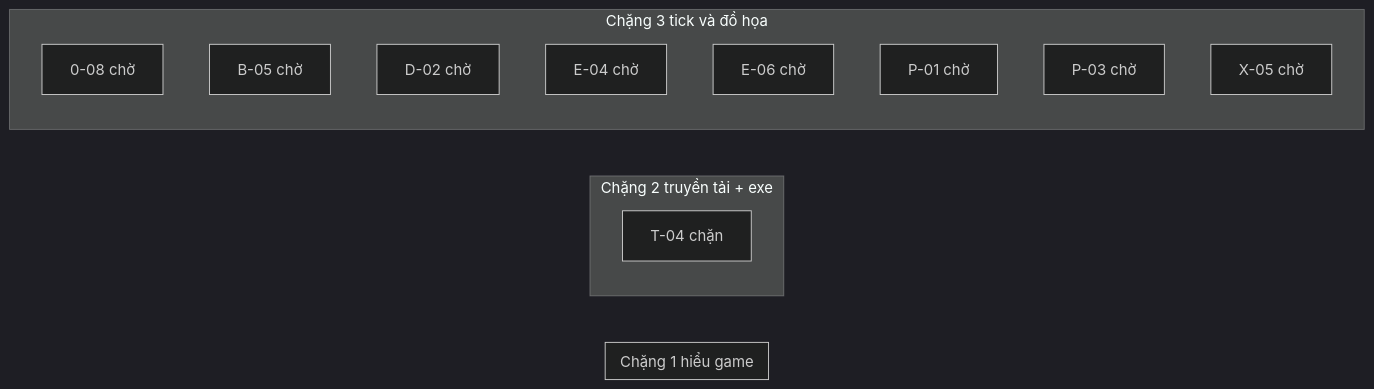
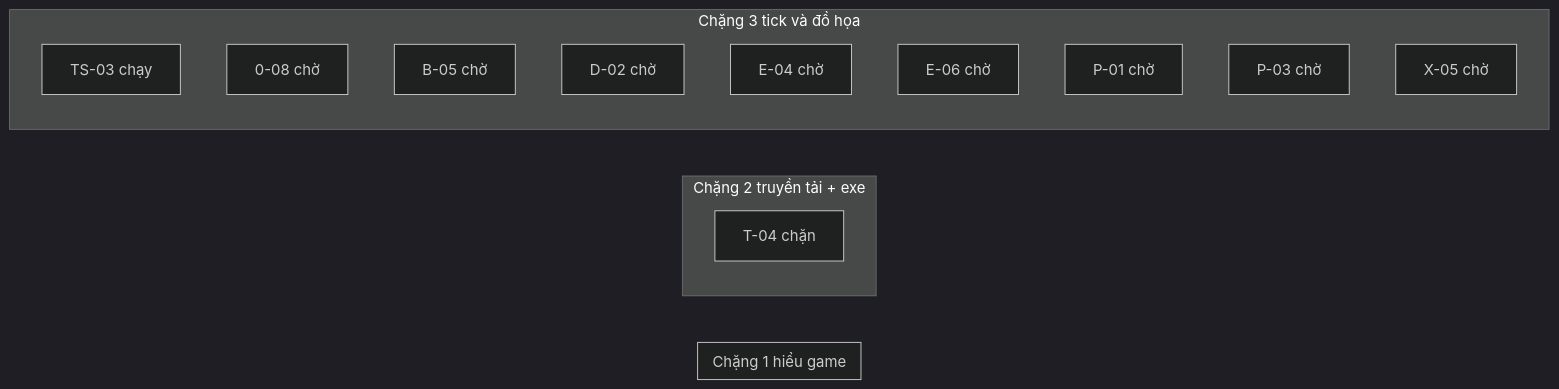
Before and after one commit to ndtangoss-dev/jx1-reports: the diagram in JX1_OPS/STATE/TIEN-DO.md, drawn with Mermaid (dark theme). The commit also changed other lines of this file and 7 other files, not shown here.

````diff
--- a/JX1_OPS/STATE/TIEN-DO.md
+++ b/JX1_OPS/STATE/TIEN-DO.md
@@ -9,18 +9,19 @@
 ```mermaid
 flowchart LR
   subgraph S1["Chặng 1 hiểu game"]
   end
   subgraph S2["Chặng 2 truyền tải + exe"]
     T_04["T-04 chặn"]
   end
   subgraph S3["Chặng 3 tick và đồ họa"]
+    TS_03["TS-03 chạy"]
     0_08["0-08 chờ"]
     B_05["B-05 chờ"]
     D_02["D-02 chờ"]
     E_04["E-04 chờ"]
     E_06["E-06 chờ"]
     P_01["P-01 chờ"]
     P_03["P-03 chờ"]
     X_05["X-05 chờ"]
   end
 ```
````
